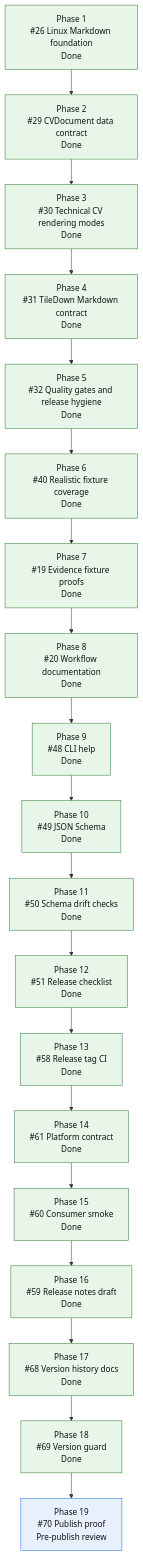
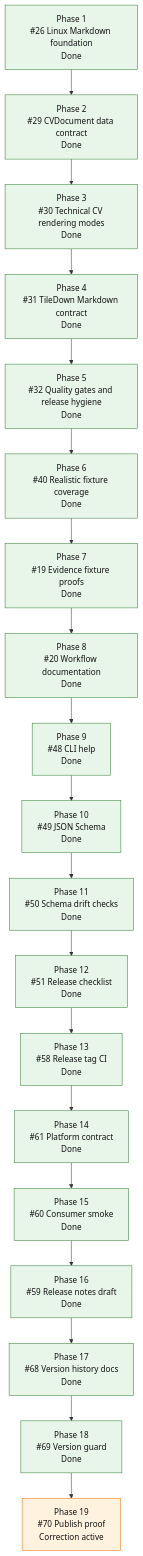
Before and after one commit to mihaelamj/cvbuilder: the diagram in README.md, drawn with Mermaid. The commit also changed other lines of this file and 3 other files, not shown here.

````diff
--- a/README.md
+++ b/README.md
@@ -169,36 +169,36 @@
 ```mermaid
 flowchart TD
     P1["Phase 1<br/>#26 Linux Markdown foundation<br/>Done"]
     P2["Phase 2<br/>#29 CVDocument data contract<br/>Done"]
     P3["Phase 3<br/>#30 Technical CV rendering modes<br/>Done"]
     P4["Phase 4<br/>#31 TileDown Markdown contract<br/>Done"]
     P5["Phase 5<br/>#32 Quality gates and release hygiene<br/>Done"]
     P6["Phase 6<br/>#40 Realistic fixture coverage<br/>Done"]
     P7["Phase 7<br/>#19 Evidence fixture proofs<br/>Done"]
     P8["Phase 8<br/>#20 Workflow documentation<br/>Done"]
     P9["Phase 9<br/>#48 CLI help<br/>Done"]
     P10["Phase 10<br/>#49 JSON Schema<br/>Done"]
     P11["Phase 11<br/>#50 Schema drift checks<br/>Done"]
     P12["Phase 12<br/>#51 Release checklist<br/>Done"]
     P13["Phase 13<br/>#58 Release tag CI<br/>Done"]
     P14["Phase 14<br/>#61 Platform contract<br/>Done"]
     P15["Phase 15<br/>#60 Consumer smoke<br/>Done"]
     P16["Phase 16<br/>#59 Release notes draft<br/>Done"]
     P17["Phase 17<br/>#68 Version history docs<br/>Done"]
     P18["Phase 18<br/>#69 Version guard<br/>Done"]
-    P19["Phase 19<br/>#70 Publish proof<br/>Pre-publish review"]
+    P19["Phase 19<br/>#70 Publish proof<br/>Correction active"]
 
     P1 --> P2 --> P3 --> P4 --> P5 --> P6 --> P7 --> P8 --> P9 --> P10 --> P11 --> P12 --> P13 --> P14 --> P15 --> P16 --> P17 --> P18 --> P19
 
     classDef done fill:#e8f5e9,stroke:#2e7d32,color:#111;
     classDef active fill:#fff3e0,stroke:#ef6c00,color:#111;
     classDef review fill:#e8f0fe,stroke:#1a73e8,color:#111;
     classDef next fill:#fff8e1,stroke:#f9a825,color:#111;
     classDef partial fill:#e0f7fa,stroke:#00838f,color:#111;
     classDef todo fill:#eef3ff,stroke:#3367d6,color:#111;
     class P1,P2,P3,P4 done;
     class P5,P6,P7,P8,P9,P10,P11,P12,P13,P14,P15,P16 done;
     class P17 done;
     class P18 done;
-    class P19 review;
+    class P19 active;
 ```
````
